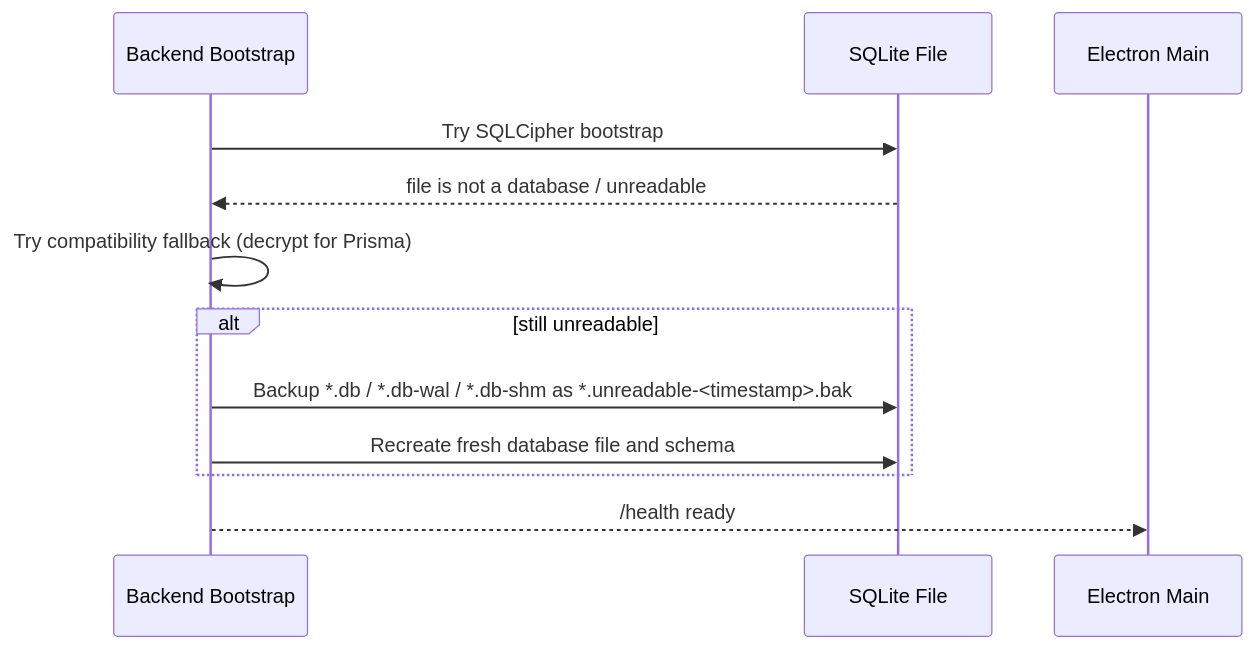
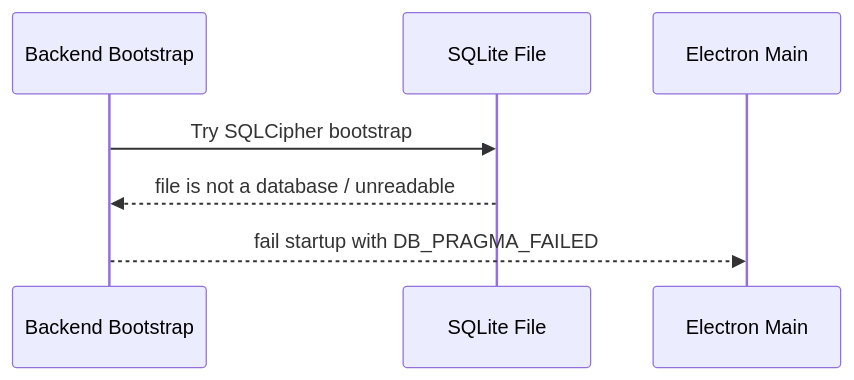
Before and after one commit to agoudbg/Cosmosh: the ninth of 9 diagrams in docs/developer/core/architecture.md, drawn with Mermaid. The commit also changed other lines of this file and 4 other files, not shown here.

First line of the commit message:
feat: strict DB startup and Prisma bootstrap refactor

````diff
--- a/docs/developer/core/architecture.md
+++ b/docs/developer/core/architecture.md
@@ -242,15 +242,10 @@
 ```mermaid
 sequenceDiagram
   participant BE as Backend Bootstrap
   participant DB as SQLite File
   participant MAIN as Electron Main
 
   BE->>DB: Try SQLCipher bootstrap
   DB-->>BE: file is not a database / unreadable
-  BE->>BE: Try compatibility fallback (decrypt for Prisma)
-  alt still unreadable
-    BE->>DB: Backup *.db / *.db-wal / *.db-shm as *.unreadable-<timestamp>.bak
-    BE->>DB: Recreate fresh database file and schema
-  end
-  BE-->>MAIN: /health ready
+  BE-->>MAIN: fail startup with DB_PRAGMA_FAILED
 ```
````
